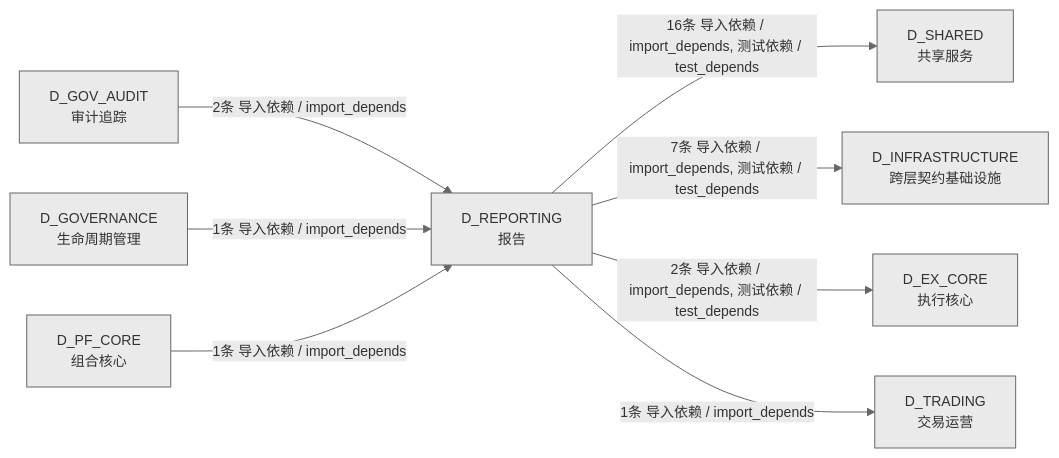
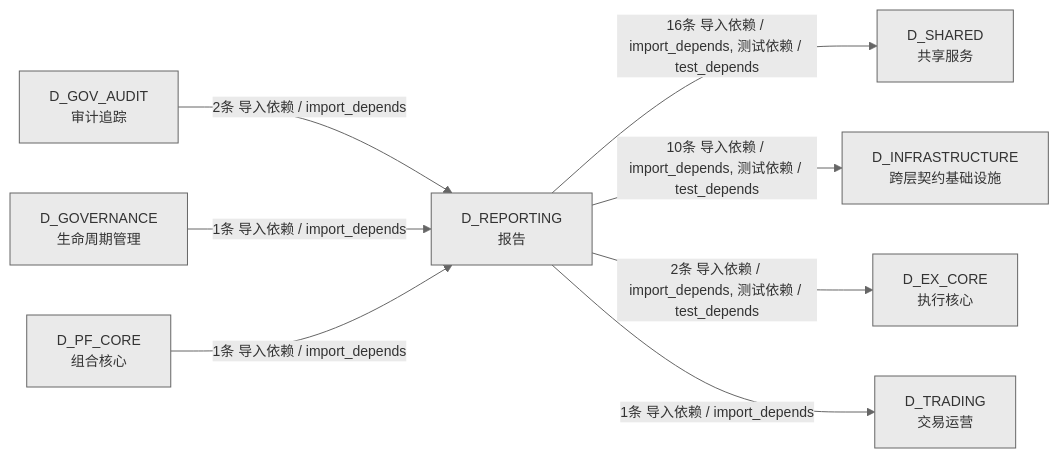
One commit to xuanFelixVan/ZephyrAlpha changed the fourth of 4 diagrams in docs/02_enterprise_architecture/02_domain_architecture_docs/26_d_reporting.md. Above: the diagram before and after it, drawn with Mermaid. The commit also changed other lines of this file and 50 other files, not shown here.

````diff
--- a/docs/02_enterprise_architecture/02_domain_architecture_docs/26_d_reporting.md
+++ b/docs/02_enterprise_architecture/02_domain_architecture_docs/26_d_reporting.md
@@ -269,19 +274,19 @@
 ```mermaid
 %%{init: {'theme': 'base', 'themeVariables': {'primaryColor': '#eaeaea', 'primaryTextColor': '#333333', 'primaryBorderColor': '#666666', 'lineColor': '#666666', 'secondaryColor': '#eaeaea', 'tertiaryColor': '#eaeaea', 'fontSize': '14px'}}}%%
 graph LR
     D_REPORTING["D_REPORTING<br/>报告"]
     D_SHARED["D_SHARED<br/>共享服务"]
     D_INFRASTRUCTURE["D_INFRASTRUCTURE<br/>跨层契约基础设施"]
     D_EX_CORE["D_EX_CORE<br/>执行核心"]
     D_TRADING["D_TRADING<br/>交易运营"]
     D_GOV_AUDIT["D_GOV_AUDIT<br/>审计追踪"]
     D_GOVERNANCE["D_GOVERNANCE<br/>生命周期管理"]
     D_PF_CORE["D_PF_CORE<br/>组合核心"]
     D_REPORTING -->|16条 导入依赖 / import_depends, 测试依赖 / test_depends| D_SHARED
-    D_REPORTING -->|7条 导入依赖 / import_depends, 测试依赖 / test_depends| D_INFRASTRUCTURE
+    D_REPORTING -->|10条 导入依赖 / import_depends, 测试依赖 / test_depends| D_INFRASTRUCTURE
     D_REPORTING -->|2条 导入依赖 / import_depends, 测试依赖 / test_depends| D_EX_CORE
     D_REPORTING -->|1条 导入依赖 / import_depends| D_TRADING
     D_GOV_AUDIT -->|2条 导入依赖 / import_depends| D_REPORTING
     D_GOVERNANCE -->|1条 导入依赖 / import_depends| D_REPORTING
     D_PF_CORE -->|1条 导入依赖 / import_depends| D_REPORTING
 ```
````
